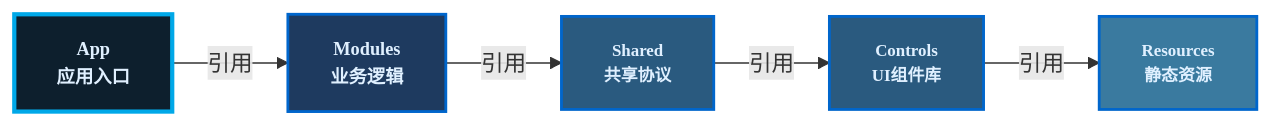
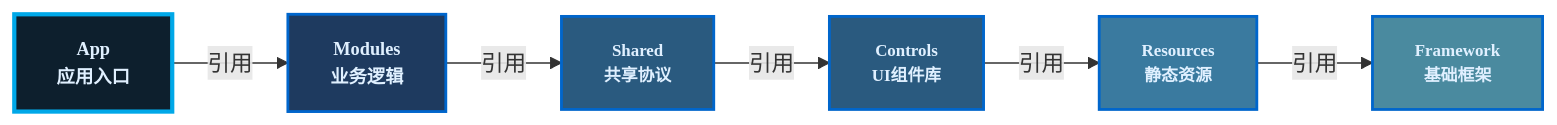
The diagram in README.md (ViewSuSu/NarakaBladepoint-WPF), drawn with Mermaid before and after one commit. The commit also changed 1 other file, not shown here.

````diff
--- a/README.md
+++ b/README.md
@@ -92,19 +92,23 @@
 ```mermaid
 graph LR
     App["<b>App</b><br/>应用入口"]
     Modules["<b>Modules</b><br/>业务逻辑"]
     Shared["<b>Shared</b><br/>共享协议"]
     Controls["<b>Controls</b><br/>UI组件库"]
     Resources["<b>Resources</b><br/>静态资源"]
+    Framework["<b>Framework</b><br/>基础框架"]
     
     App -->|引用| Modules
     Modules -->|引用| Shared
     Shared -->|引用| Controls
     Controls -->|引用| Resources
+    Resources -->|引用| Framework
     
     style App fill:#0d1f2d,stroke:#00a8e8,stroke-width:3px,color:#e0f0ff,font-family:Monaco,font-size:13px,font-weight:bold
     style Modules fill:#1e3a5f,stroke:#0066cc,stroke-width:2px,color:#e0f0ff,font-family:Monaco,font-size:13px,font-weight:bold
     style Shared fill:#2a5a7f,stroke:#0066cc,stroke-width:2px,color:#e0f0ff,font-family:Monaco,font-size:12px,font-weight:bold
     style Controls fill:#2a5a7f,stroke:#0066cc,stroke-width:2px,color:#e0f0ff,font-family:Monaco,font-size:12px,font-weight:bold
     style Resources fill:#3a7a9f,stroke:#0066cc,stroke-width:2px,color:#e0f0ff,font-family:Monaco,font-size:12px,font-weight:bold
+    style Framework fill:#4a8a9f,stroke:#0066cc,stroke-width:2px,color:#e0f0ff,font-family:Monaco,font-size:12px,font-weight:bold
+
 ```
````
